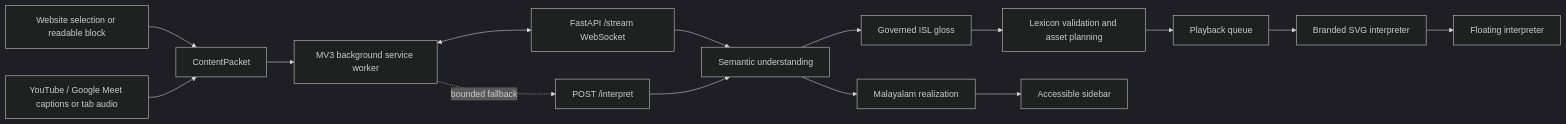
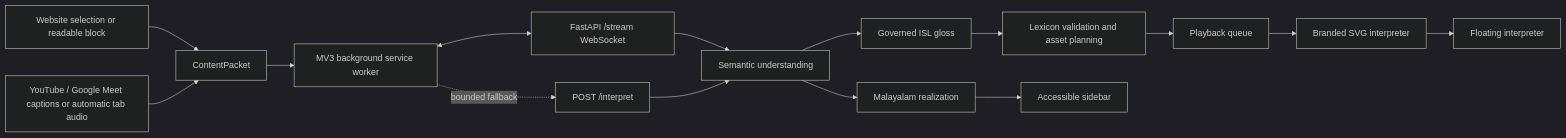
One commit to adhentom/SignVerse changed the diagram in README.md. Above: the diagram before and after it, drawn with Mermaid (dark theme). The commit also changed other lines of this file and 5 other files, not shown here.

Commit message:
chore(extension): harden production YouTube accessibility flow

````diff
--- a/README.md
+++ b/README.md
@@ -14,17 +14,17 @@
 ```mermaid
 flowchart LR
     A["Website selection or readable block"] --> C["ContentPacket"]
-    B["YouTube / Google Meet captions or tab audio"] --> C
+    B["YouTube / Google Meet captions or automatic tab audio"] --> C
     C --> D["MV3 background service worker"]
     D <--> E["FastAPI /stream WebSocket"]
     D -. "bounded fallback" .-> F["POST /interpret"]
     E --> G["Semantic understanding"]
     F --> G
     G --> H["Malayalam realization"]
     G --> I["Governed ISL gloss"]
     I --> J["Lexicon validation and asset planning"]
     J --> K["Playback queue"]
     K --> L["Branded SVG interpreter"]
     H --> M["Accessible sidebar"]
     L --> N["Floating interpreter"]
 ```
````
